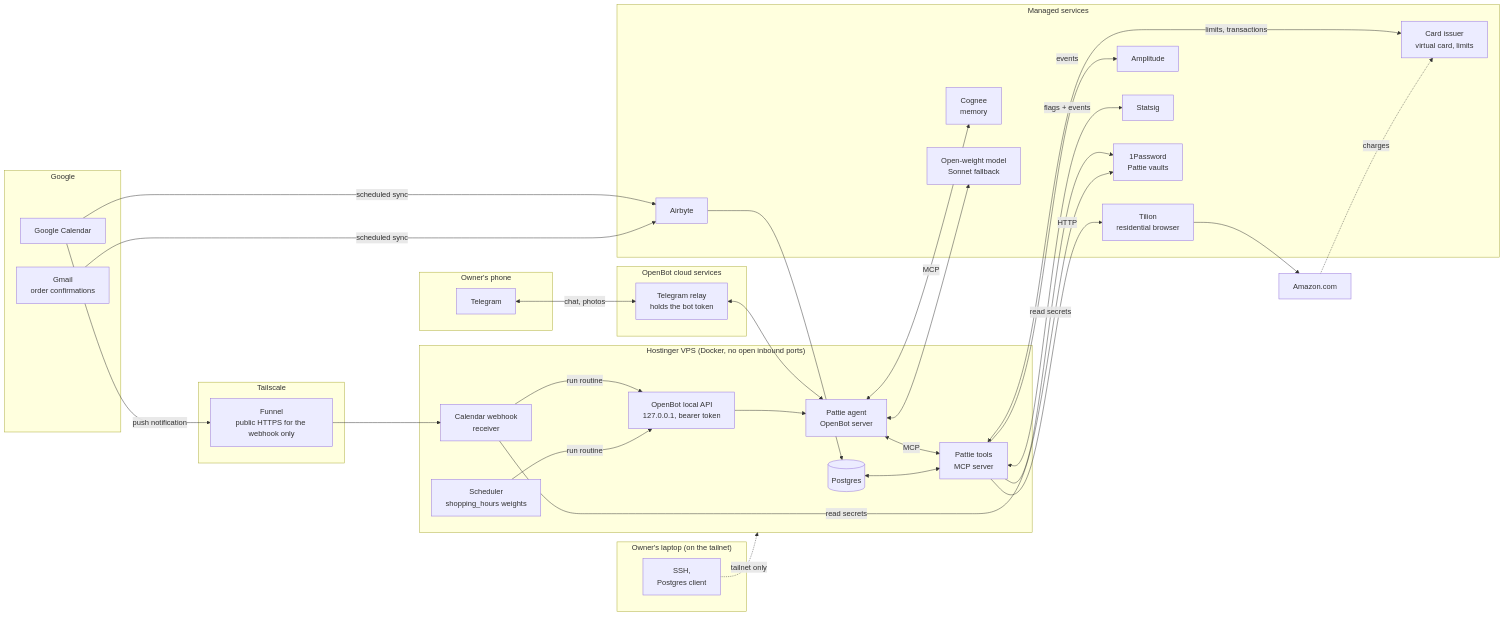
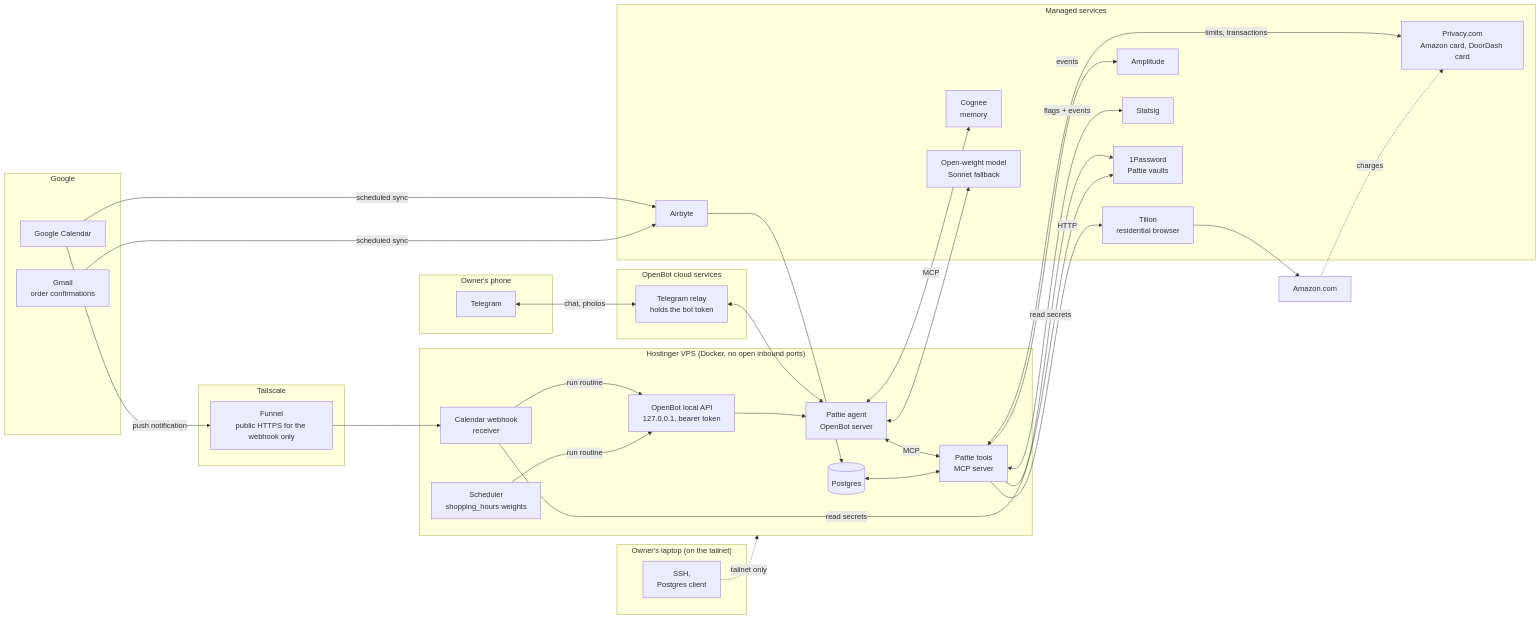
The first of 2 diagrams in docs/ARCHITECTURE.md (kolumba-ai/Pattie-shopping-agent), drawn with Mermaid before and after one commit. The commit also changed other lines of this file and 8 other files, not shown here.

First line of the commit message:
Pay with Privacy.com: one merchant-locked card per vendor

````diff
--- a/docs/ARCHITECTURE.md
+++ b/docs/ARCHITECTURE.md
@@ -33,65 +33,65 @@
 ```mermaid
 flowchart LR
     subgraph Phone["Owner's phone"]
         TG[Telegram]
     end
 
     subgraph Google
         GC[Google Calendar]
         GM[Gmail<br/>order confirmations]
     end
 
     subgraph OB["OpenBot cloud services"]
         RELAY[Telegram relay<br/>holds the bot token]
     end
 
     subgraph Admin["Owner's laptop (on the tailnet)"]
         LAP[SSH,<br/>Postgres client]
     end
 
     subgraph TS["Tailscale"]
         FUN[Funnel<br/>public HTTPS for the webhook only]
     end
 
     subgraph VPS["Hostinger VPS (Docker, no open inbound ports)"]
         AG[Pattie agent<br/>OpenBot server]
         API[OpenBot local API<br/>127.0.0.1, bearer token]
         MCP[Pattie tools<br/>MCP server]
         HK[Calendar webhook<br/>receiver]
         SCH[Scheduler<br/>shopping_hours weights]
         PG[(Postgres)]
     end
 
     subgraph Cloud["Managed services"]
         TL[Tilion<br/>residential browser]
         CG[Cognee<br/>memory]
         AB[Airbyte]
         AM[Amplitude]
         SS[Statsig]
         LLM[Open-weight model<br/>Sonnet fallback]
         VLT[1Password<br/>Pattie vaults]
-        ISS[Card issuer<br/>virtual card, limits]
+        ISS[Privacy.com<br/>Amazon card, DoorDash card]
     end
 
     AMZ[Amazon.com]
 
     TG <-->|chat, photos| RELAY <--> AG
     GC -->|push notification| FUN --> HK -->|run routine| API
     LAP -.->|tailnet only| VPS
     SCH -->|run routine| API
     API --> AG
     AG <-->|MCP| MCP
     AG <-->|MCP| CG
     AG <--> LLM
     GC -->|scheduled sync| AB
     GM -->|scheduled sync| AB
     AB --> PG
     PG <--> MCP
     MCP -->|HTTP| TL --> AMZ
     MCP -->|events| AM
     MCP <-->|flags + events| SS
     MCP -->|read secrets| VLT
     HK -->|read secrets| VLT
     MCP <-->|limits, transactions| ISS
     AMZ -.->|charges| ISS
 ```
````
